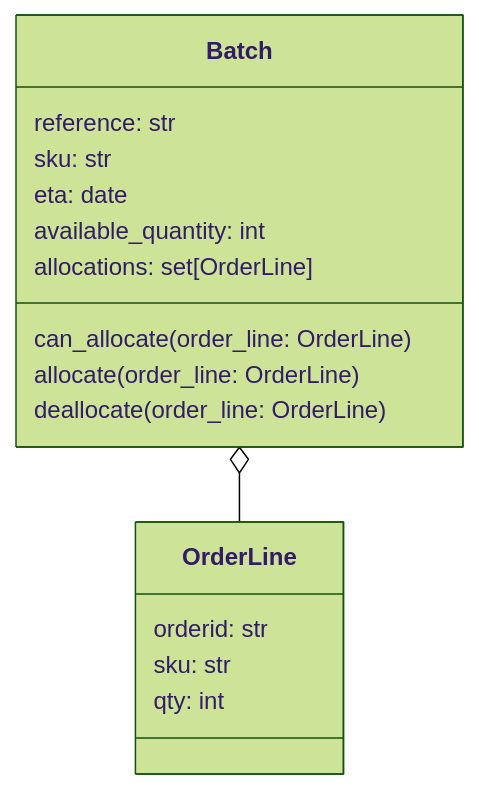
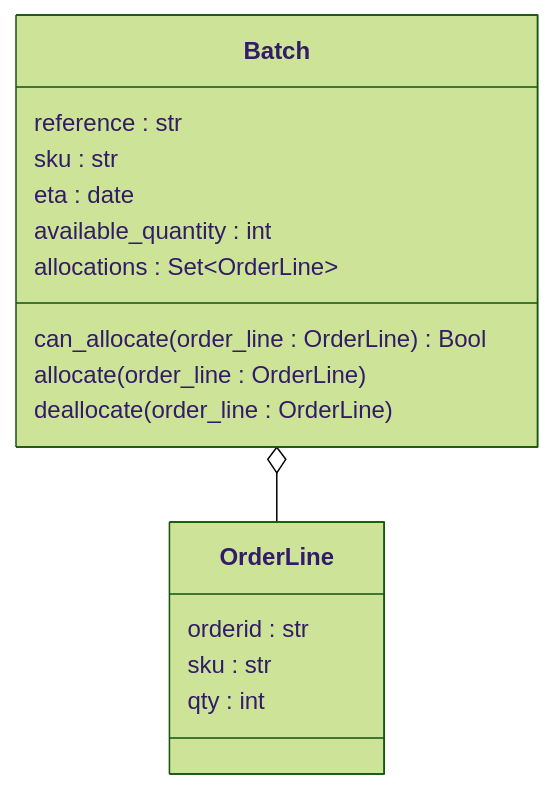
One commit to pr0f37/cosmic_python changed the first of 2 diagrams in docs/source/domain_modeling.rst. Above: the diagram before and after it, drawn with Mermaid (forest theme). The commit also changed 2 other files, not shown here.

Commit message:
Documentation update

```diff
--- a/docs/source/domain_modeling.rst
+++ b/docs/source/domain_modeling.rst
@@ -20,19 +20,19 @@
 .. mermaid::
 
     classDiagram
         Batch o-- OrderLine
         class OrderLine{
-            orderid: str
-            sku: str
-            qty: int
+            orderid : str
+            sku : str
+            qty : int
         }
         class Batch{
-            reference: str
-            sku: str
-            eta: date
-            available_quantity: int
-            allocations: set[OrderLine]
-            can_allocate(order_line: OrderLine)
-            allocate(order_line: OrderLine)
-            deallocate(order_line: OrderLine)
+            reference : str
+            sku : str
+            eta : date
+            available_quantity : int
+            allocations : Set~OrderLine~
+            can_allocate(order_line : OrderLine) Bool
+            allocate(order_line : OrderLine)
+            deallocate(order_line : OrderLine)
         }
```
